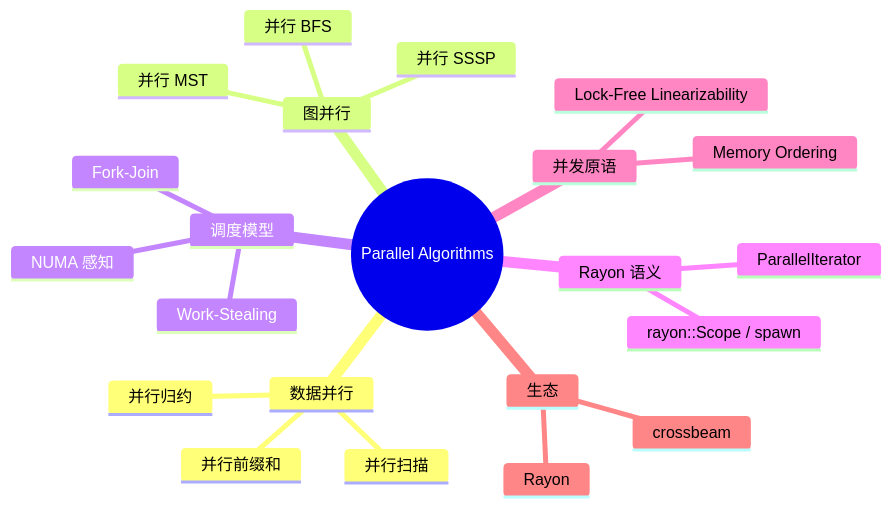
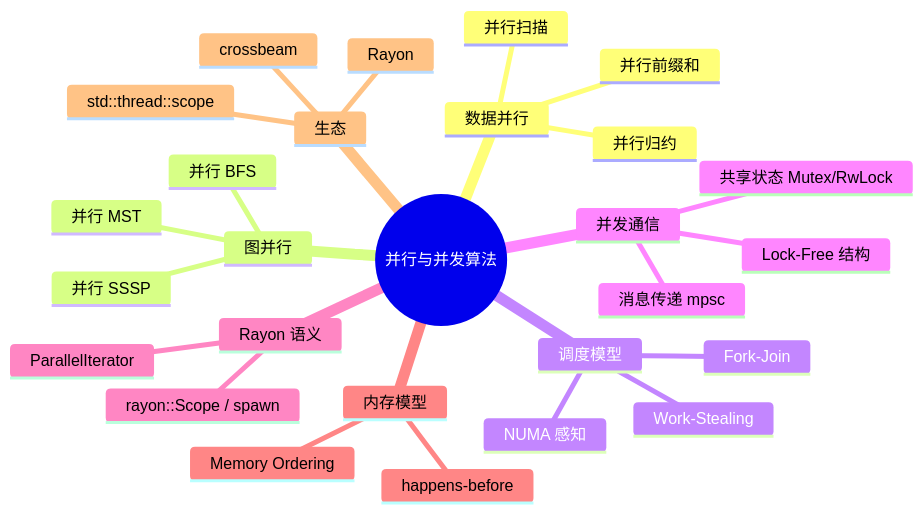
Before and after one commit to martin-ly/rust-lang: the third of 3 diagrams in concept/06_ecosystem/11_domain_applications/25_parallel_algorithms.md, drawn with Mermaid. The commit also changed other lines of this file and 96 other files, not shown here.

````diff
--- a/concept/06_ecosystem/11_domain_applications/25_parallel_algorithms.md
+++ b/concept/06_ecosystem/11_domain_applications/25_parallel_algorithms.md
@@ -482,25 +610,30 @@
 ```mermaid
 mindmap
-  root((Parallel Algorithms))
+  root((并行与并发算法))
     数据并行
       并行前缀和
       并行扫描
       并行归约
     图并行
       并行 BFS
       并行 SSSP
       并行 MST
     调度模型
       Fork-Join
       Work-Stealing
       NUMA 感知
+    并发通信
+      消息传递 mpsc
+      共享状态 Mutex/RwLock
+      Lock-Free 结构
     Rayon 语义
       ParallelIterator
       rayon::Scope / spawn
-    并发原语
-      Lock-Free Linearizability
+    内存模型
       Memory Ordering
+      happens-before
     生态
       Rayon
       crossbeam
+      std::thread::scope
 ```
````
